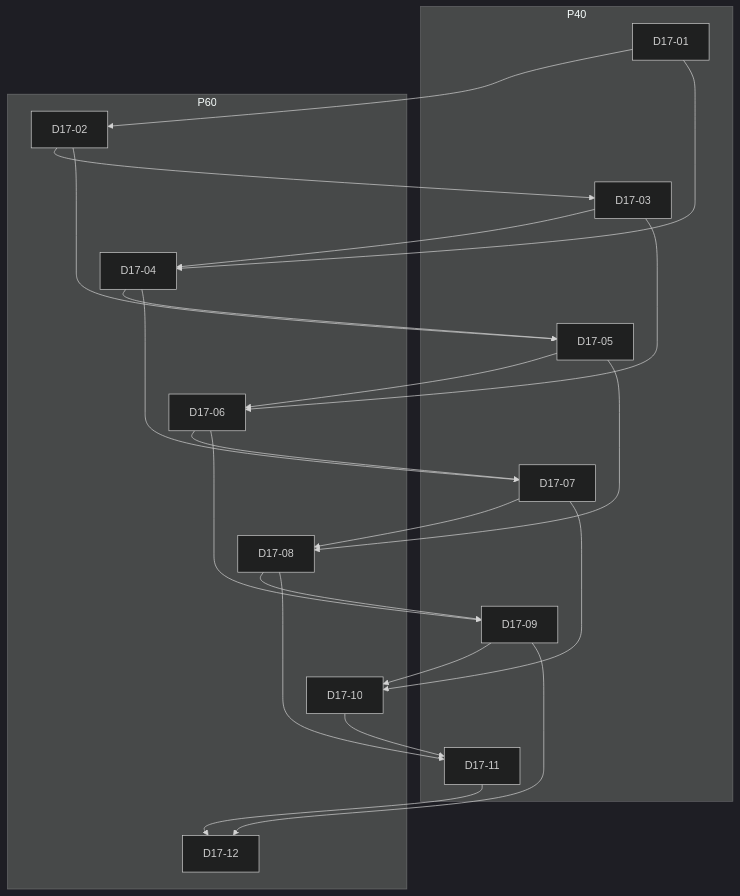
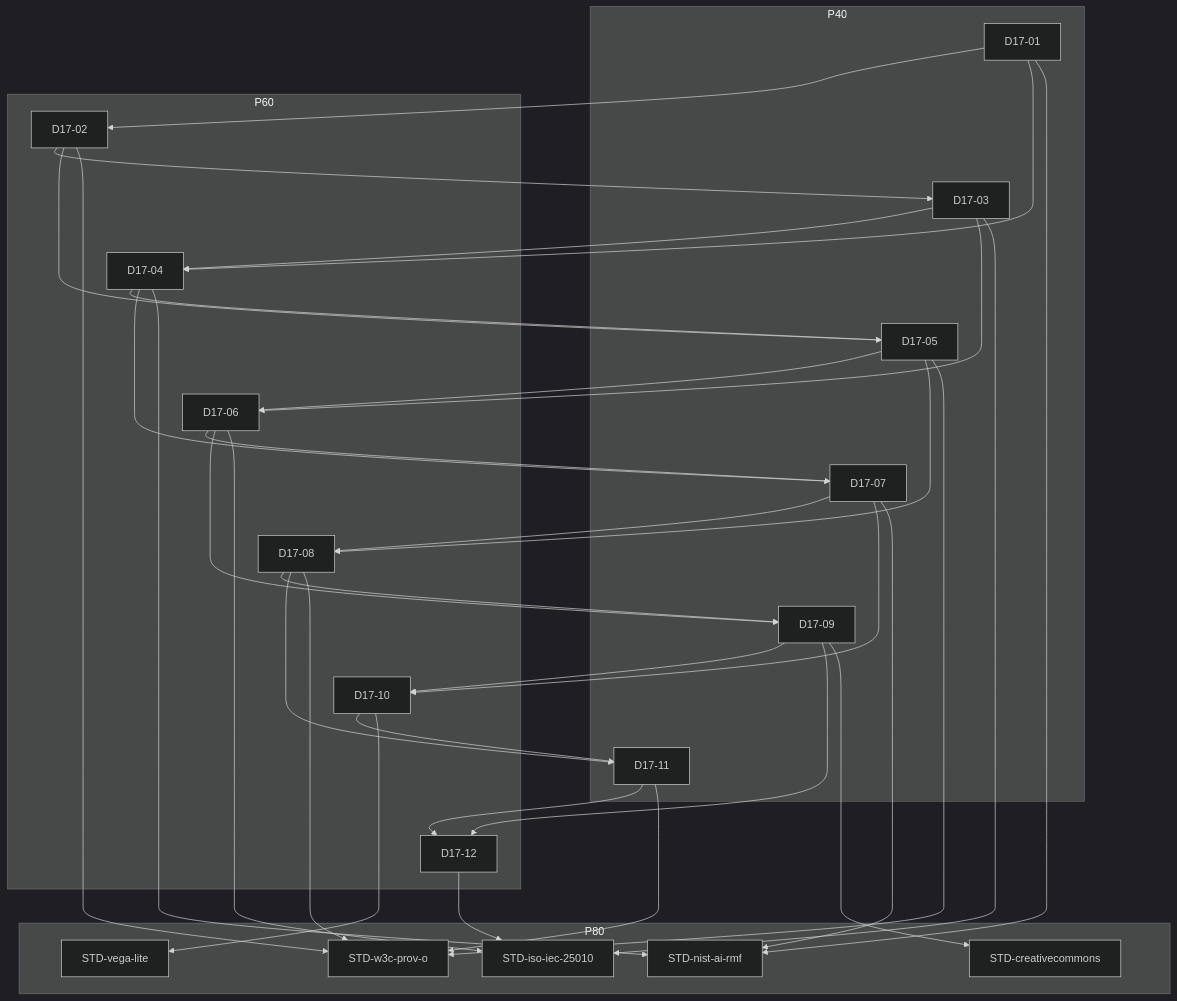
One commit to Monyeah777/NarrativeForge changed the diagram in community/传媒与新闻域包/outputs/charts/CONCEPT_DAG.mmd. Above: the diagram before and after it, drawn with Mermaid (dark theme). The commit also changed 721 other files, not shown here.

```diff
--- a/community/传媒与新闻域包/outputs/charts/CONCEPT_DAG.mmd
+++ b/community/传媒与新闻域包/outputs/charts/CONCEPT_DAG.mmd
@@ -1,38 +1,57 @@
 %% 概念前置图（由 community/传媒与新闻域包/assets/CONCEPT_GRAPH.md 确定性派生；唯一机读真相在资产 §4 围栏块）
 flowchart TD
   subgraph P40[P40]
     D17-01
     D17-03
     D17-05
     D17-07
     D17-09
     D17-11
   end
   subgraph P60[P60]
     D17-02
     D17-04
     D17-06
     D17-08
     D17-10
     D17-12
+  end
+  subgraph P80[P80]
+    STD-creativecommons
+    STD-iso-iec-25010
+    STD-nist-ai-rmf
+    STD-vega-lite
+    STD-w3c-prov-o
   end
   D17-01 --> D17-02
   D17-02 --> D17-03
   D17-03 --> D17-04
   D17-01 --> D17-04
   D17-04 --> D17-05
   D17-02 --> D17-05
   D17-05 --> D17-06
   D17-03 --> D17-06
   D17-06 --> D17-07
   D17-04 --> D17-07
   D17-07 --> D17-08
   D17-05 --> D17-08
   D17-08 --> D17-09
   D17-06 --> D17-09
   D17-09 --> D17-10
   D17-07 --> D17-10
   D17-10 --> D17-11
   D17-08 --> D17-11
   D17-11 --> D17-12
   D17-09 --> D17-12
+  D17-09 --> STD-creativecommons
+  D17-03 --> STD-iso-iec-25010
+  D17-06 --> STD-iso-iec-25010
+  D17-12 --> STD-iso-iec-25010
+  D17-01 --> STD-nist-ai-rmf
+  D17-04 --> STD-nist-ai-rmf
+  D17-07 --> STD-nist-ai-rmf
+  D17-10 --> STD-vega-lite
+  D17-02 --> STD-w3c-prov-o
+  D17-05 --> STD-w3c-prov-o
+  D17-08 --> STD-w3c-prov-o
+  D17-11 --> STD-w3c-prov-o
```
